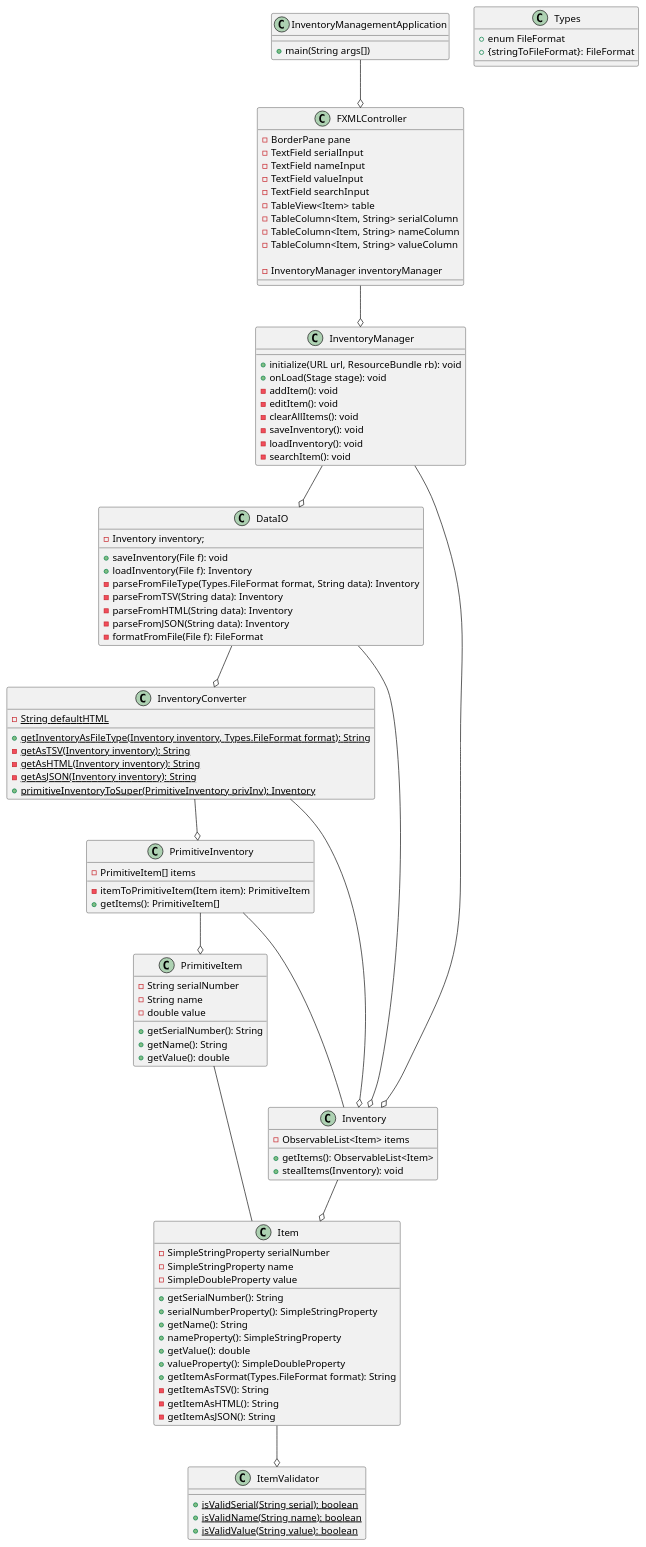
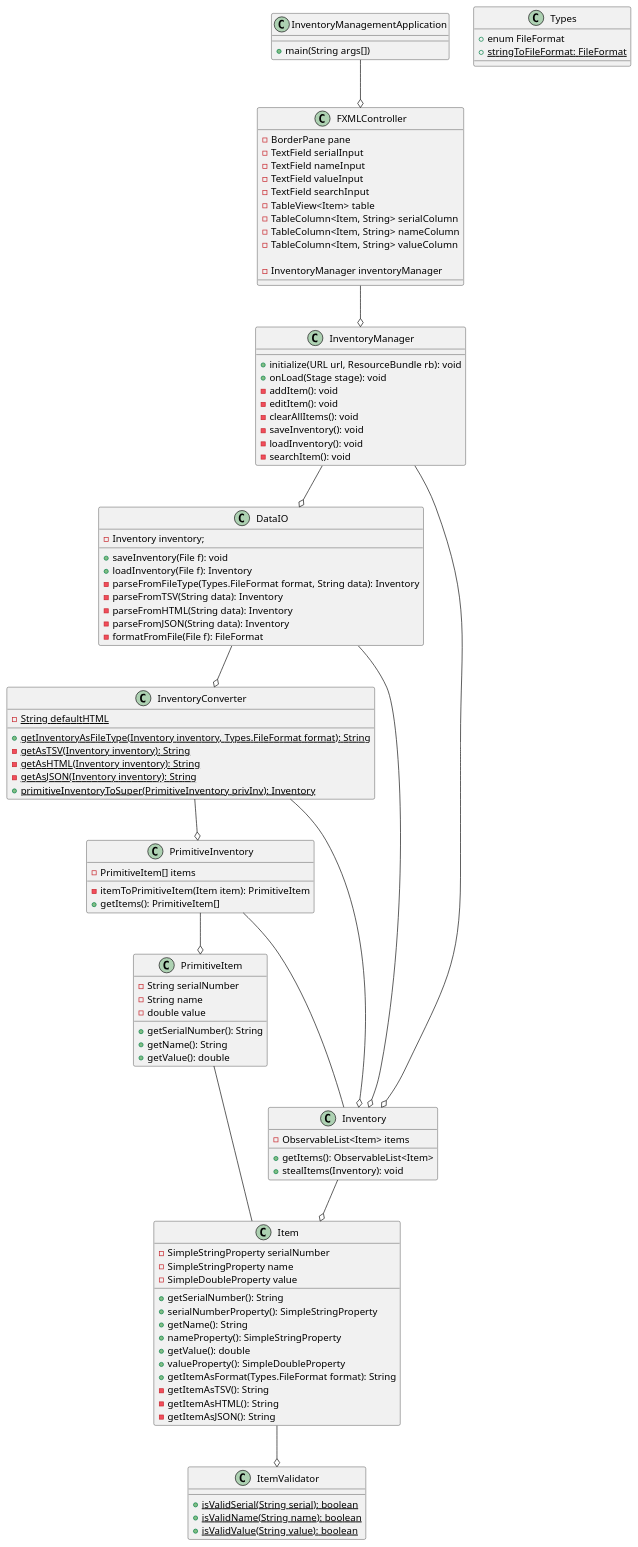
One commit to tanndlin/Inventory-Manager changed the diagram in docs/design.puml. Above: the diagram before and after it, drawn with PlantUML.

```diff
--- a/docs/design.puml
+++ b/docs/design.puml
@@ -1,121 +1,121 @@
 @startuml
 
 PrimitiveInventory --o PrimitiveItem
 PrimitiveInventory --- Inventory
 PrimitiveItem --- Item
 
 InventoryManagementApplication --o FXMLController
 FXMLController --o InventoryManager
 InventoryManager --o Inventory
 Inventory --o Item
 InventoryManager --o DataIO
 DataIO --o InventoryConverter
 DataIO --o Inventory
 InventoryConverter --o Inventory
 Item --o ItemValidator
 InventoryConverter --o PrimitiveInventory
 
 class InventoryManagementApplication {
     +main(String args[])
 }
 
 class FXMLController {
         -BorderPane pane
         -TextField serialInput
         -TextField nameInput
         -TextField valueInput
         -TextField searchInput
         -TableView<Item> table
         -TableColumn<Item, String> serialColumn
         -TableColumn<Item, String> nameColumn
         -TableColumn<Item, String> valueColumn
 
         -InventoryManager inventoryManager
 }
 
 class InventoryManager {
     +initialize(URL url, ResourceBundle rb): void
     +onLoad(Stage stage): void
     -addItem(): void
     -editItem(): void
     -clearAllItems(): void
     -saveInventory(): void
     -loadInventory(): void
     -searchItem(): void
 }
 
 class Types {
     +enum FileFormat
-    +{stringToFileFormat}: FileFormat
+    +{static}stringToFileFormat: FileFormat
 }
 
 class PrimitiveInventory {
     -PrimitiveItem[] items
 
     -itemToPrimitiveItem(Item item): PrimitiveItem
     +getItems(): PrimitiveItem[]
 }
 
 class PrimitiveItem {
     -String serialNumber
     -String name
     -double value
 
     +getSerialNumber(): String
     +getName(): String
     +getValue(): double
 }
 
 class Inventory {
     -ObservableList<Item> items
 
     +getItems(): ObservableList<Item>
     +stealItems(Inventory): void
 }
 
 class Item {
     -SimpleStringProperty serialNumber
     -SimpleStringProperty name
     -SimpleDoubleProperty value
 
     +getSerialNumber(): String
     +serialNumberProperty(): SimpleStringProperty
     +getName(): String
     +nameProperty(): SimpleStringProperty
     +getValue(): double
     +valueProperty(): SimpleDoubleProperty
     +getItemAsFormat(Types.FileFormat format): String
     -getItemAsTSV(): String
     -getItemAsHTML(): String
     -getItemAsJSON(): String
 }
 
 class DataIO {
     -Inventory inventory;
 
     +saveInventory(File f): void
     +loadInventory(File f): Inventory
     -parseFromFileType(Types.FileFormat format, String data): Inventory
     -parseFromTSV(String data): Inventory
     -parseFromHTML(String data): Inventory
     -parseFromJSON(String data): Inventory
     -formatFromFile(File f): FileFormat
 }
 
 class InventoryConverter {
     -{static} String defaultHTML
 
     +{static} getInventoryAsFileType(Inventory inventory, Types.FileFormat format): String
     -{static} getAsTSV(Inventory inventory): String
     -{static} getAsHTML(Inventory inventory): String
     -{static} getAsJSON(Inventory inventory): String
     +{static} primitiveInventoryToSuper(PrimitiveInventory privInv): Inventory
 }
 
 class ItemValidator {
     +{static}isValidSerial(String serial): boolean
     +{static}isValidName(String name): boolean
     +{static}isValidValue(String value): boolean
 }
 
 @enduml
```
